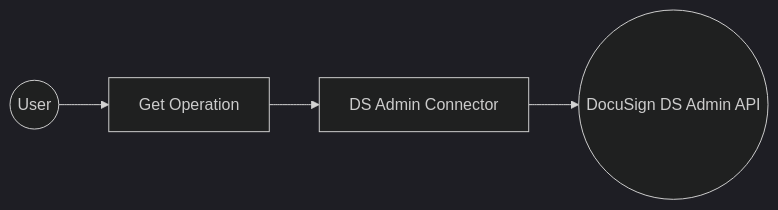
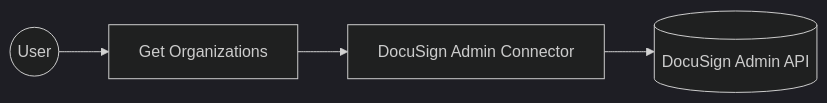
One commit to wso2/docs-integrator changed the diagram in connectors/docs/catalog/productivity-collaboration/docusign.dsadmin/example.md. Above: the diagram before and after it, drawn with Mermaid (dark theme). The commit also changed other lines of this file and 3280 other files, not shown here.

````diff
--- a/connectors/docs/catalog/productivity-collaboration/docusign.dsadmin/example.md
+++ b/connectors/docs/catalog/productivity-collaboration/docusign.dsadmin/example.md
@@ -12,6 +16,6 @@
 ```mermaid
 flowchart LR
-    A((User)) --> B[Get Operation]
-    B --> C[DS Admin Connector]
-    C --> D((DocuSign DS Admin API))
+    A((User)) --> B[Get Organizations]
+    B --> C[DocuSign Admin Connector]
+    C --> D[(DocuSign Admin API)]
 ```
````
